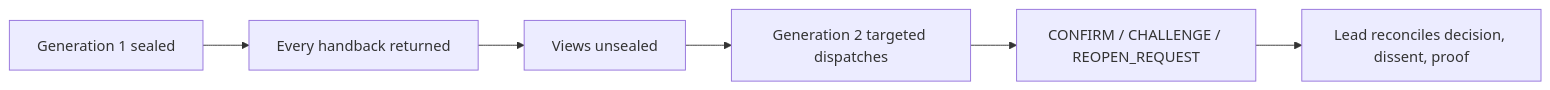
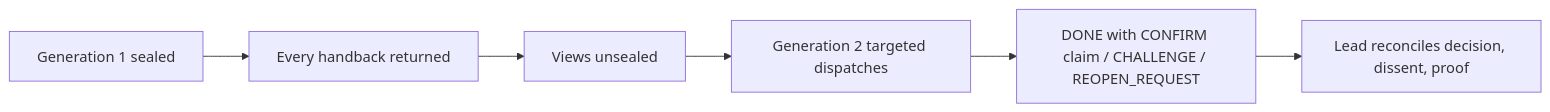
One commit to ReinaMacCredy/maestro changed the second of 2 diagrams in site/src/content/docs/concepts/lanes.md. Above: the diagram before and after it, drawn with Mermaid. The commit also changed other lines of this file and 3 other files, not shown here.

````diff
--- a/site/src/content/docs/concepts/lanes.md
+++ b/site/src/content/docs/concepts/lanes.md
@@ -103,8 +122,8 @@
 ```mermaid
 flowchart LR
   Gen1["Generation 1 sealed"] --> Returns["Every handback returned"]
   Returns --> Unsealed["Views unsealed"]
   Unsealed --> Gen2["Generation 2 targeted dispatches"]
-  Gen2 --> Answers["CONFIRM / CHALLENGE / REOPEN_REQUEST"]
+  Gen2 --> Answers["DONE with CONFIRM claim / CHALLENGE / REOPEN_REQUEST"]
   Answers --> Reconcile["Lead reconciles decision, dissent, proof"]
 ```
````
